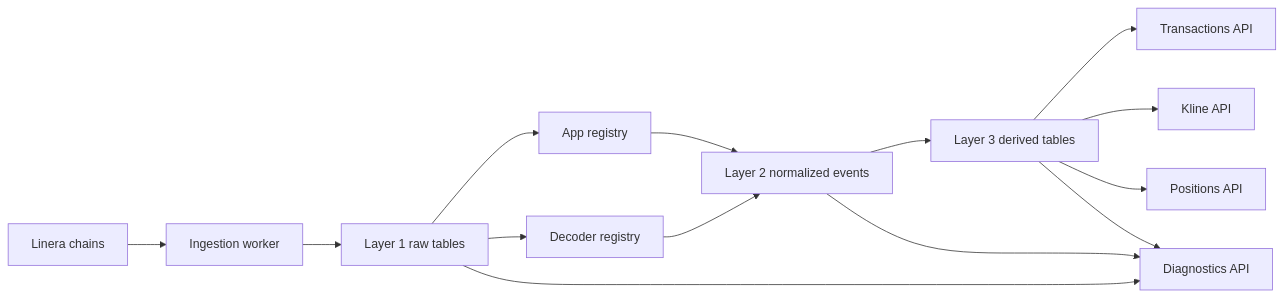
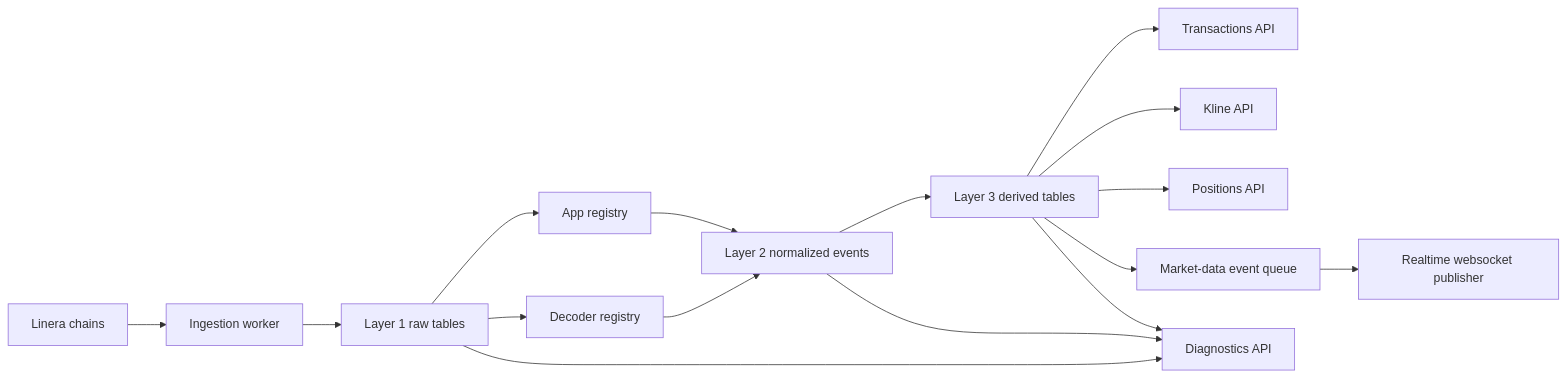
The diagram in agents/context/observability-architecture.md (respeer-ai/linera-meme), drawn with Mermaid before and after one commit. The commit also changed other lines of this file and 2 other files, not shown here.

Commit message:
Plan projection-driven realtime push

````diff
--- a/agents/context/observability-architecture.md
+++ b/agents/context/observability-architecture.md
@@ -56,16 +59,18 @@
 ```mermaid
 flowchart LR
     A[Linera chains] --> B[Ingestion worker]
     B --> C[Layer 1 raw tables]
     C --> D[App registry]
     C --> E[Decoder registry]
     D --> F[Layer 2 normalized events]
     E --> F
     F --> G[Layer 3 derived tables]
     G --> H[Transactions API]
     G --> I[Kline API]
     G --> J[Positions API]
+    G --> L[Market-data event queue]
+    L --> M[Realtime websocket publisher]
     C --> K[Diagnostics API]
     F --> K
     G --> K
 ```
````
